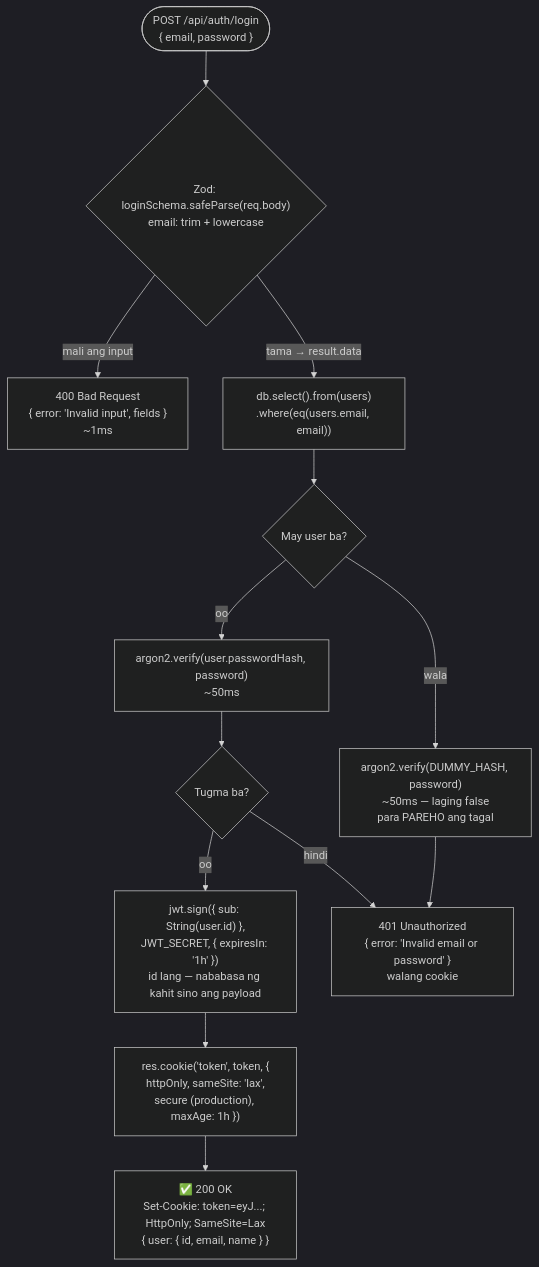
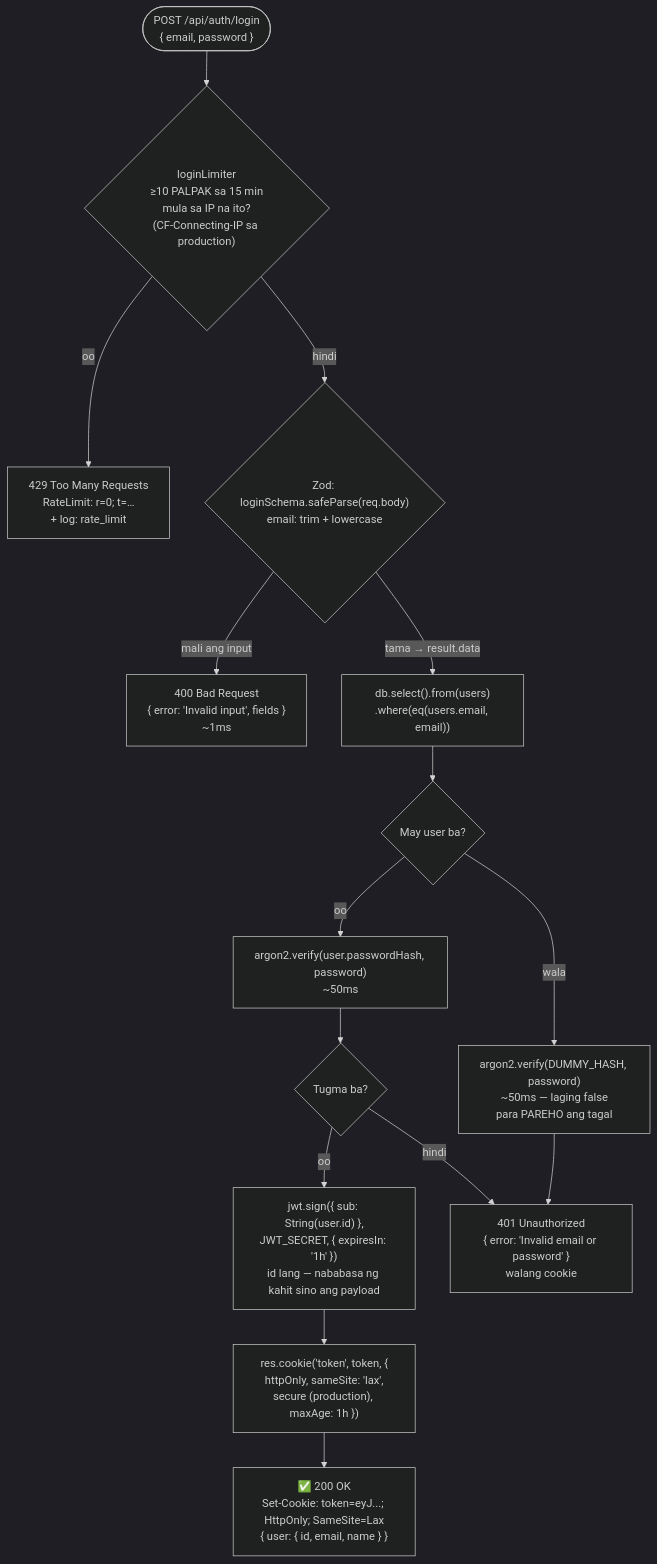
Before and after one commit to nelson1869-ai/auth-learning: the diagram in docs/diagrams/04-login-flow.md, drawn with Mermaid (dark theme). The commit also changed other lines of this file and 3 other files, not shown here.

Commit message:
docs: rate limiting verified live (real client IP behind the tunnel), login diagram, devops notes

````diff
--- a/docs/diagrams/04-login-flow.md
+++ b/docs/diagrams/04-login-flow.md
@@ -10,15 +10,17 @@
 ```mermaid
 flowchart TD
-    Req(["POST /api/auth/login<br/>{ email, password }"]) --> Zod{"Zod: loginSchema.safeParse(req.body)<br/>email: trim + lowercase"}
+    Req(["POST /api/auth/login<br/>{ email, password }"]) --> RL{"loginLimiter<br/>≥10 PALPAK sa 15 min<br/>mula sa IP na ito?<br/>(CF-Connecting-IP sa production)"}
+    RL -->|"oo"| C429["429 Too Many Requests<br/>RateLimit: r=0; t=…<br/>+ log: rate_limit"]
+    RL -->|"hindi"| Zod{"Zod: loginSchema.safeParse(req.body)<br/>email: trim + lowercase"}
     Zod -->|"mali ang input"| C400["400 Bad Request<br/>{ error: 'Invalid input', fields }<br/>~1ms"]
     Zod -->|"tama → result.data"| Find["db.select().from(users)<br/>.where(eq(users.email, email))"]
     Find --> Has{"May user ba?"}
     Has -->|"oo"| VReal["argon2.verify(user.passwordHash, password)<br/>~50ms"]
     Has -->|"wala"| VDummy["argon2.verify(DUMMY_HASH, password)<br/>~50ms — laging false<br/>para PAREHO ang tagal"]
     VReal --> Ok{"Tugma ba?"}
     Ok -->|"oo"| Sign["jwt.sign({ sub: String(user.id) },<br/>JWT_SECRET, { expiresIn: '1h' })<br/>id lang — nababasa ng kahit sino ang payload"]
     Sign --> Cookie["res.cookie('token', token, {<br/>httpOnly, sameSite: 'lax',<br/>secure (production), maxAge: 1h })"]
     Cookie --> C200["✅ 200 OK<br/>Set-Cookie: token=eyJ...; HttpOnly; SameSite=Lax<br/>{ user: { id, email, name } }"]
     Ok -->|"hindi"| C401["401 Unauthorized<br/>{ error: 'Invalid email or password' }<br/>walang cookie"]
     VDummy --> C401
 ```
````
